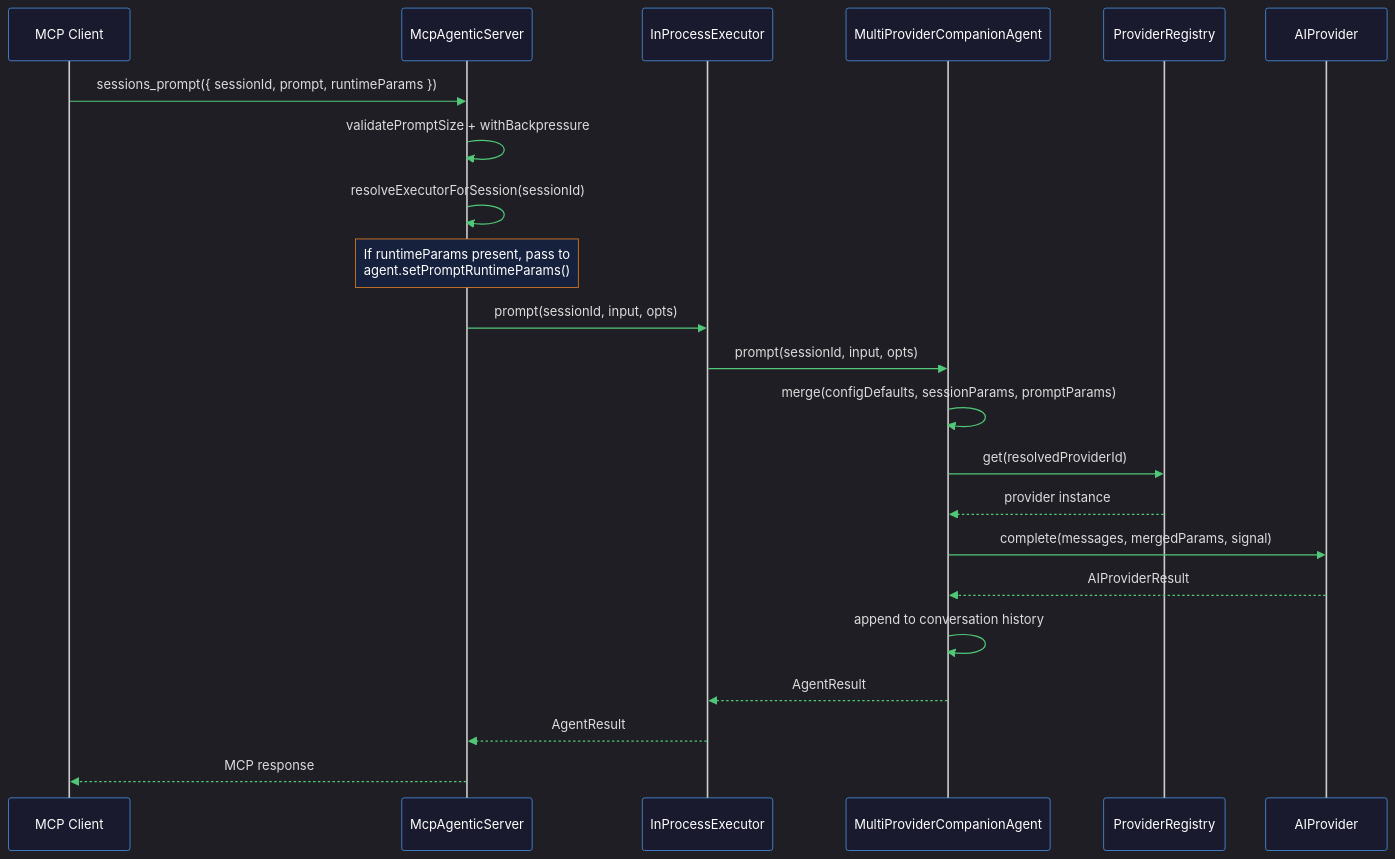
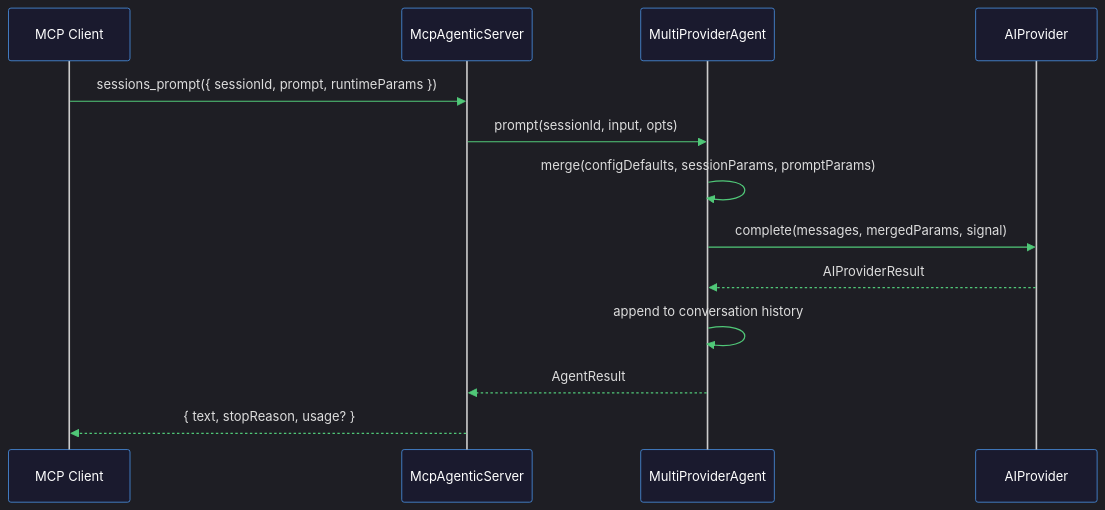
The third of 5 diagrams in README.md (stdiobus/mcp-agentic), drawn with Mermaid before and after one commit. The commit also changed other lines of this file, not shown here.

First line of the commit message:
docs: update README with expanded features and usage examples

````diff
--- a/README.md
+++ b/README.md
@@ -332,26 +458,17 @@
 ```mermaid
-%%{init: {'theme':'dark', 'themeVariables':{'actorBkg':'#1a1a2e','actorBorder':'#4a90e2','actorTextColor':'#fff','signalColor':'#50c878','signalTextColor':'#ddd','noteBkgColor':'#16213e','noteTextColor':'#fff','noteBorderColor':'#e67e22','activationBkgColor':'#0f3460','activationBorderColor':'#9b59b6','sequenceNumberColor':'#f39c12'}}}%%
+%%{init: {'theme':'dark', 'themeVariables':{'actorBkg':'#1a1a2e','actorBorder':'#4a90e2','actorTextColor':'#fff','signalColor':'#50c878','signalTextColor':'#ddd','noteBkgColor':'#16213e','noteTextColor':'#fff','noteBorderColor':'#e67e22','activationBkgColor':'#0f3460','activationBorderColor':'#9b59b6'}}}%%
 sequenceDiagram
     participant Client as MCP Client
     participant Server as McpAgenticServer
-    participant Executor as InProcessExecutor
-    participant Agent as MultiProviderCompanionAgent
-    participant Registry as ProviderRegistry
+    participant Agent as MultiProviderAgent
     participant Provider as AIProvider
 
     Client->>Server: sessions_prompt({ sessionId, prompt, runtimeParams })
-    Server->>Server: validatePromptSize + withBackpressure
-    Server->>Server: resolveExecutorForSession(sessionId)
-    Note over Server: If runtimeParams present, pass to<br/>agent.setPromptRuntimeParams()
-    Server->>Executor: prompt(sessionId, input, opts)
-    Executor->>Agent: prompt(sessionId, input, opts)
+    Server->>Agent: prompt(sessionId, input, opts)
     Agent->>Agent: merge(configDefaults, sessionParams, promptParams)
-    Agent->>Registry: get(resolvedProviderId)
-    Registry-->>Agent: provider instance
     Agent->>Provider: complete(messages, mergedParams, signal)
     Provider-->>Agent: AIProviderResult
     Agent->>Agent: append to conversation history
-    Agent-->>Executor: AgentResult
-    Executor-->>Server: AgentResult
-    Server-->>Client: MCP response
+    Agent-->>Server: AgentResult
+    Server-->>Client: { text, stopReason, usage? }
 ```
````
